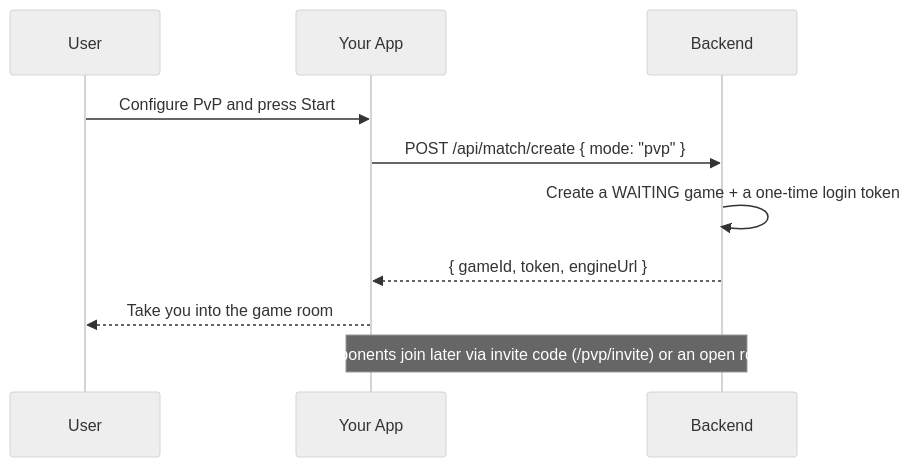
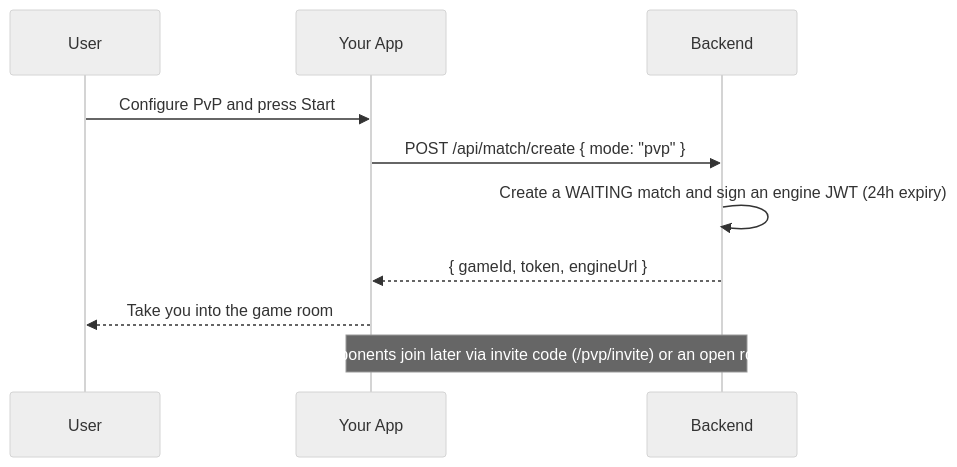
One commit to J00ZzZ/ft_transcendence changed the first of 4 diagrams in docs/backend/backend-match-module.md. Above: the diagram before and after it, drawn with Mermaid (neutral theme). The commit also changed other lines of this file and 31 other files, not shown here.

````diff
--- a/docs/backend/backend-match-module.md
+++ b/docs/backend/backend-match-module.md
@@ -139,13 +141,13 @@
 ```mermaid
 sequenceDiagram
     participant User
     participant Site as Your App
     participant Server as Backend
 
     User->>Site: Configure PvP and press Start
     Site->>Server: POST /api/match/create { mode: "pvp" }
-    Server->>Server: Create a WAITING game + a one-time login token
+    Server->>Server: Create a WAITING match and sign an engine JWT (24h expiry)
     Server-->>Site: { gameId, token, engineUrl }
     Site-->>User: Take you into the game room
     Note over Site,Server: Opponents join later via invite code (/pvp/invite) or an open room
 ```
````
